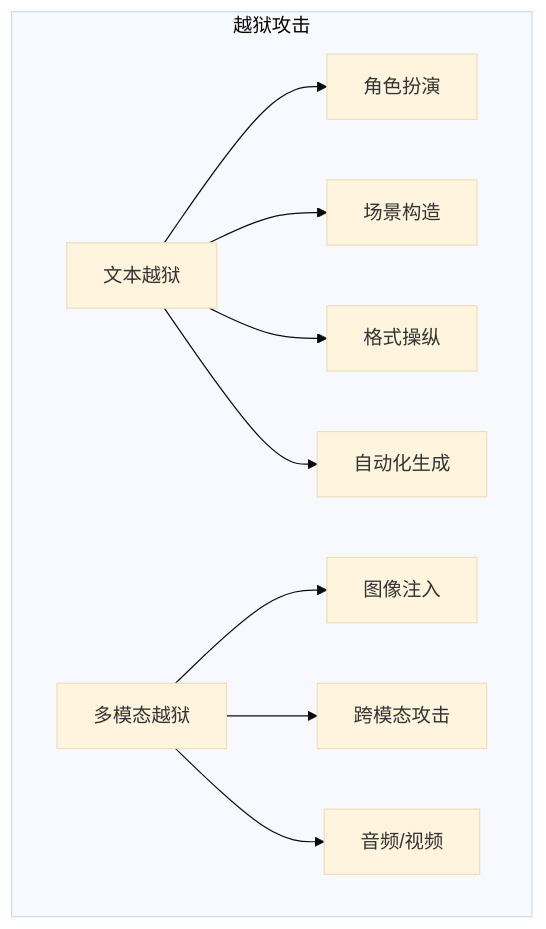
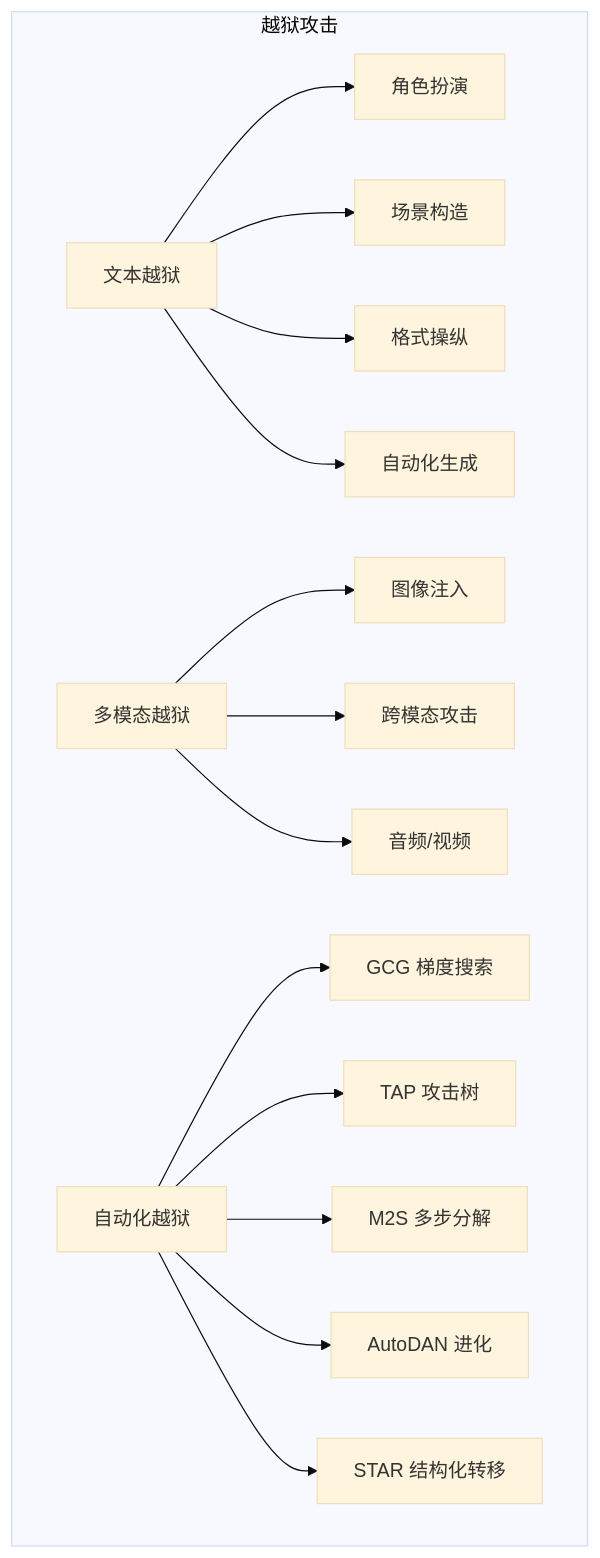
The diagram in 05_jailbreak/summary.md (yeasy/ai_security_guide), drawn with Mermaid (base theme) before and after one commit. The commit also changed other lines of this file and 2 other files, not shown here.

````diff
--- a/05_jailbreak/summary.md
+++ b/05_jailbreak/summary.md
@@ -15,13 +21,19 @@
 ```mermaid
 graph TB
     subgraph "越狱攻击"
     A["文本越狱"] --> A1["角色扮演"]
     A --> A2["场景构造"]
     A --> A3["格式操纵"]
     A --> A4["自动化生成"]
 
     B["多模态越狱"] --> B1["图像注入"]
     B --> B2["跨模态攻击"]
     B --> B3["音频/视频"]
+
+    C["自动化越狱"] --> C1["GCG 梯度搜索"]
+    C --> C2["TAP 攻击树"]
+    C --> C3["M2S 多步分解"]
+    C --> C4["AutoDAN 进化"]
+    C --> C5["STAR 结构化转移"]
     end
 ```
````
